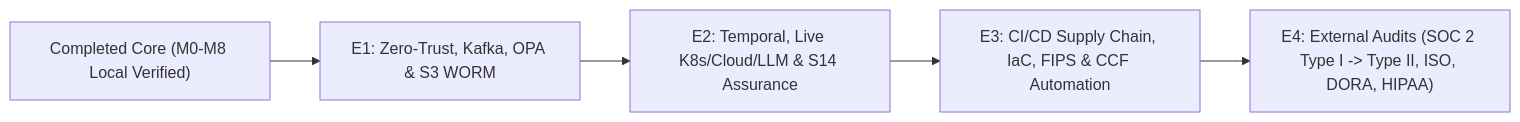
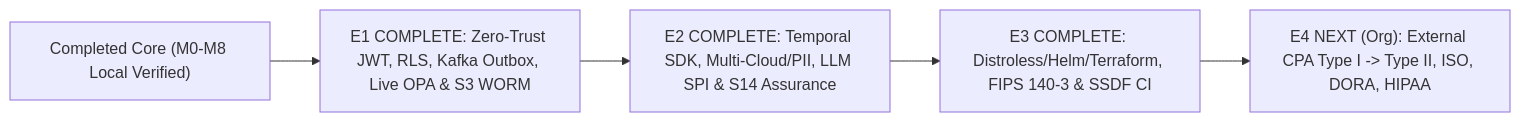
The diagram in docs/compliance/ENTERPRISE_COMPLIANCE_AND_ROADMAP.md (fenoch4real/uacrf-unified-adaptive-cloud-resilience-framework), drawn with Mermaid before and after one commit. The commit also changed other lines of this file and 17 other files, not shown here.

Commit message:
feat(e3): add FIPS 140-3 KMS crypto, hardened Docker/Helm/Terraform IaC, PITR/SOC2 scripts, SSDF CI gates, and sync traceability docs

````diff
--- a/docs/compliance/ENTERPRISE_COMPLIANCE_AND_ROADMAP.md
+++ b/docs/compliance/ENTERPRISE_COMPLIANCE_AND_ROADMAP.md
@@ -5,7 +5,7 @@
 ```mermaid
 flowchart LR
-    M8["Completed Core (M0-M8 Local Verified)"] --> E1["E1: Zero-Trust, Kafka, OPA & S3 WORM"]
-    E1 --> E2["E2: Temporal, Live K8s/Cloud/LLM & S14 Assurance"]
-    E2 --> E3["E3: CI/CD Supply Chain, IaC, FIPS & CCF Automation"]
-    E3 --> E4["E4: External Audits (SOC 2 Type I -> Type II, ISO, DORA, HIPAA)"]
+    M8["Completed Core (M0-M8 Local Verified)"] --> E1["E1 COMPLETE: Zero-Trust JWT, RLS, Kafka Outbox, Live OPA & S3 WORM"]
+    E1 --> E2["E2 COMPLETE: Temporal SDK, Multi-Cloud/PII, LLM SPI & S14 Assurance"]
+    E2 --> E3["E3 COMPLETE: Distroless/Helm/Terraform, FIPS 140-3 & SSDF CI"]
+    E3 --> E4["E4 NEXT (Org): External CPA Type I -> Type II, ISO, DORA, HIPAA"]
 ```
````
